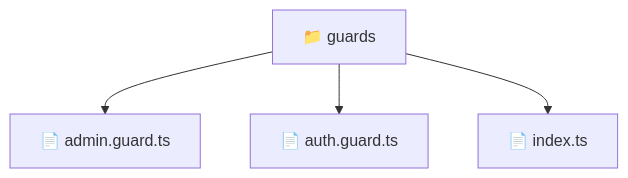
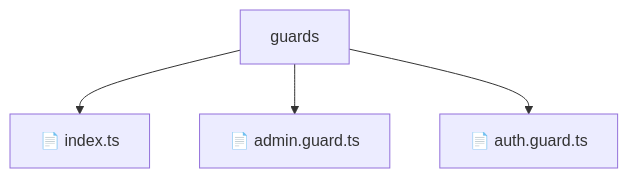
Before and after one commit to beginwebdev2002/fullstack-mavluda: the diagram in frontend/src/core/guards/README.md, drawn with Mermaid. The commit also changed other lines of this file and 155 other files, not shown here.

````diff
--- a/frontend/src/core/guards/README.md
+++ b/frontend/src/core/guards/README.md
@@ -9,7 +14,7 @@
 ```mermaid
 graph TD
-  Root["📁 guards"]
-  Root --> adminguardts["📄 admin.guard.ts"]
-  Root --> authguardts["📄 auth.guard.ts"]
-  Root --> indexts["📄 index.ts"]
+    Root[guards]
+    Root --> F0[📄 index.ts]
+    Root --> F1[📄 admin.guard.ts]
+    Root --> F2[📄 auth.guard.ts]
 ```
````
